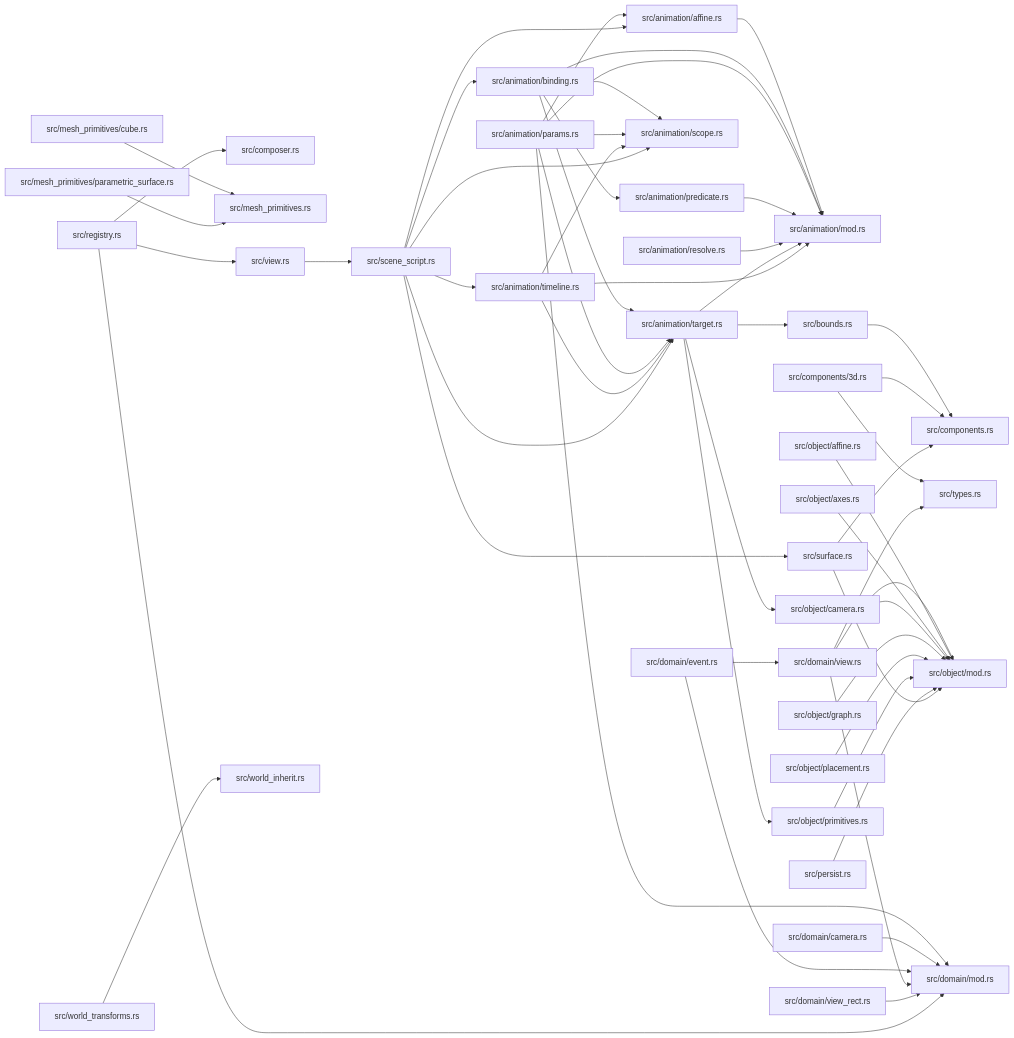
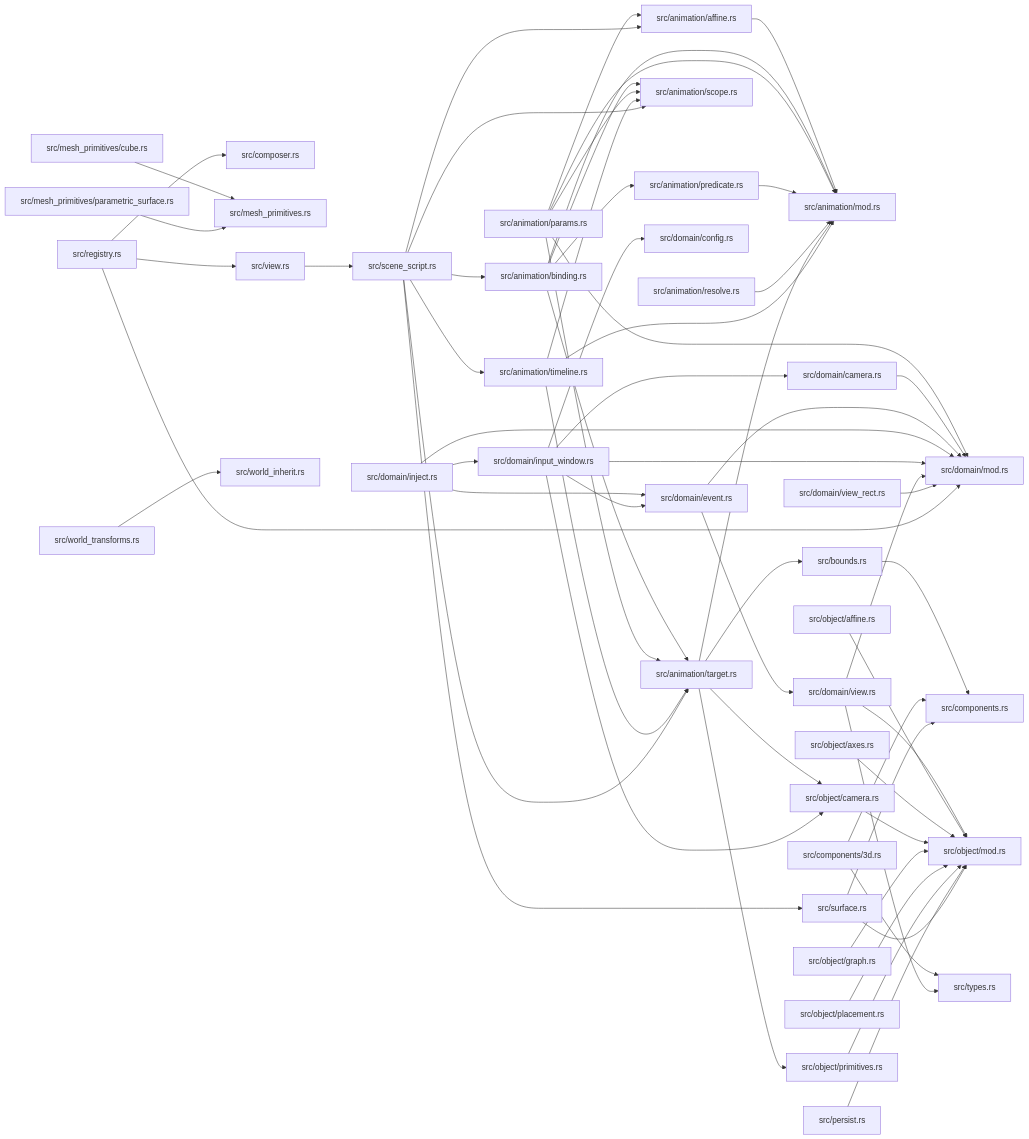
One commit to xcrtp/zela changed the diagram in docs/modules/ze-scene-core.md. Above: the diagram before and after it, drawn with Mermaid. The commit also changed other lines of this file and 8 other files, not shown here.

````diff
--- a/docs/modules/ze-scene-core.md
+++ b/docs/modules/ze-scene-core.md
@@ -81,30 +83,33 @@
     f9["src/bounds.rs"]
     f13["src/components.rs"]
     f14["src/components/3d.rs"]
-    f30["src/composer.rs"]
+    f33["src/composer.rs"]
     f16["src/domain/camera.rs"]
+    f21["src/domain/config.rs"]
     f17["src/domain/event.rs"]
+    f19["src/domain/inject.rs"]
+    f20["src/domain/input_window.rs"]
     f7["src/domain/mod.rs"]
     f18["src/domain/view.rs"]
-    f20["src/domain/view_rect.rs"]
-    f22["src/mesh_primitives.rs"]
-    f21["src/mesh_primitives/cube.rs"]
-    f23["src/mesh_primitives/parametric_surface.rs"]
-    f24["src/object/affine.rs"]
-    f25["src/object/axes.rs"]
+    f23["src/domain/view_rect.rs"]
+    f25["src/mesh_primitives.rs"]
+    f24["src/mesh_primitives/cube.rs"]
+    f26["src/mesh_primitives/parametric_surface.rs"]
+    f27["src/object/affine.rs"]
+    f28["src/object/axes.rs"]
     f10["src/object/camera.rs"]
-    f26["src/object/graph.rs"]
-    f19["src/object/mod.rs"]
-    f27["src/object/placement.rs"]
+    f29["src/object/graph.rs"]
+    f22["src/object/mod.rs"]
+    f30["src/object/placement.rs"]
     f11["src/object/primitives.rs"]
-    f28["src/persist.rs"]
-    f29["src/registry.rs"]
-    f32["src/scene_script.rs"]
-    f33["src/surface.rs"]
+    f31["src/persist.rs"]
+    f32["src/registry.rs"]
+    f35["src/scene_script.rs"]
+    f36["src/surface.rs"]
     f15["src/types.rs"]
-    f31["src/view.rs"]
-    f35["src/world_inherit.rs"]
-    f34["src/world_transforms.rs"]
+    f34["src/view.rs"]
+    f38["src/world_inherit.rs"]
+    f37["src/world_transforms.rs"]
     f0 --> f1
     f2 --> f1
     f2 --> f3
@@ -130,30 +135,38 @@
     f16 --> f7
     f17 --> f7
     f17 --> f18
+    f19 --> f17
+    f19 --> f20
+    f19 --> f7
+    f20 --> f16
+    f20 --> f21
+    f20 --> f17
+    f20 --> f7
+    f20 --> f10
     f18 --> f7
-    f18 --> f19
+    f18 --> f22
     f18 --> f15
-    f20 --> f7
-    f21 --> f22
-    f23 --> f22
-    f24 --> f19
-    f25 --> f19
-    f10 --> f19
-    f26 --> f19
-    f27 --> f19
-    f11 --> f19
-    f28 --> f19
-    f29 --> f30
-    f29 --> f7
-    f29 --> f31
-    f32 --> f0
-    f32 --> f2
-    f32 --> f4
-    f32 --> f5
-    f32 --> f12
+    f23 --> f7
+    f24 --> f25
+    f26 --> f25
+    f27 --> f22
+    f28 --> f22
+    f10 --> f22
+    f29 --> f22
+    f30 --> f22
+    f11 --> f22
+    f31 --> f22
     f32 --> f33
-    f33 --> f13
-    f33 --> f19
-    f31 --> f32
+    f32 --> f7
+    f32 --> f34
+    f35 --> f0
+    f35 --> f2
+    f35 --> f4
+    f35 --> f5
+    f35 --> f12
+    f35 --> f36
+    f36 --> f13
+    f36 --> f22
     f34 --> f35
+    f37 --> f38
 ```
````
